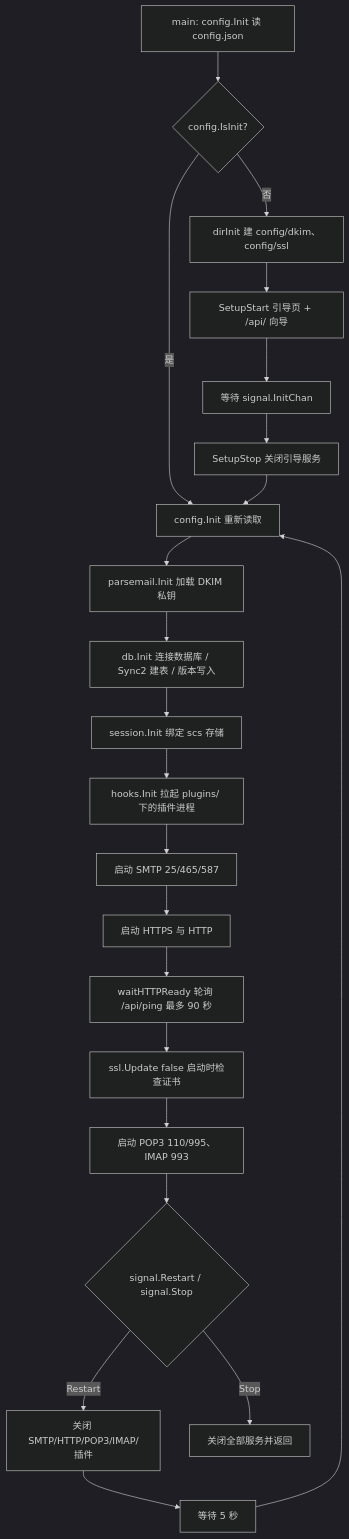
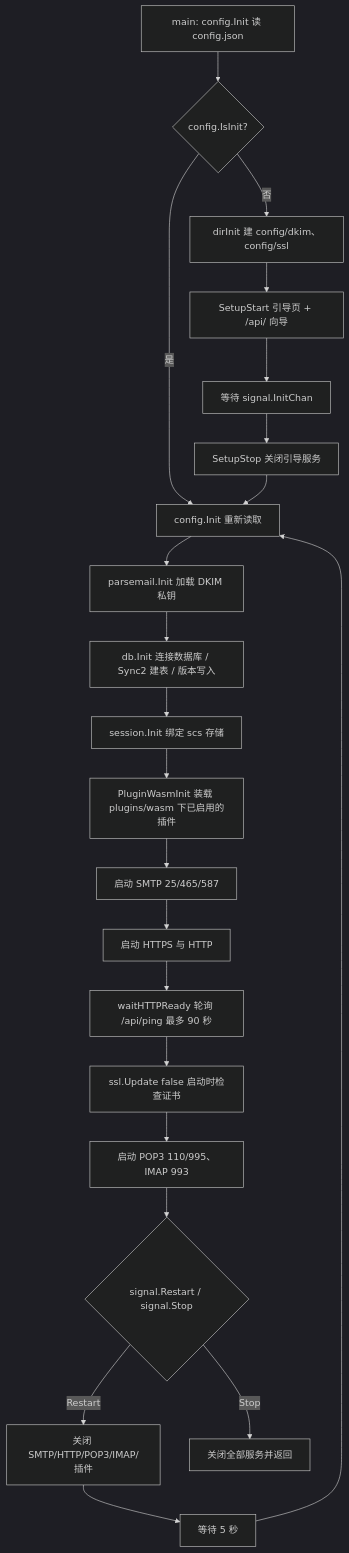
Before and after one commit to bambuo/PMail: the first of 2 diagrams in docs/功能/01-项目架构.md, drawn with Mermaid (dark theme). The commit also changed other lines of this file and 80 other files, not shown here.

First line of the commit message:
feat(plugin): 全部内置插件迁移到 WASM 并移除旧进程插件机制

````diff
--- a/docs/功能/01-项目架构.md
+++ b/docs/功能/01-项目架构.md
@@ -91,22 +91,22 @@
 ```mermaid
 flowchart TD
   A[main: config.Init 读 config.json] --> B{config.IsInit?}
   B -- 否 --> C[dirInit 建 config/dkim、config/ssl]
   C --> D[SetupStart 引导页 + /api/ 向导]
   D --> E[等待 signal.InitChan]
   E --> F[SetupStop 关闭引导服务]
   B -- 是 --> G[config.Init 重新读取]
   F --> G
   G --> H[parsemail.Init 加载 DKIM 私钥]
   H --> I[db.Init 连接数据库 / Sync2 建表 / 版本写入]
   I --> J[session.Init 绑定 scs 存储]
-  J --> K[hooks.Init 拉起 plugins/ 下的插件进程]
+  J --> K[PluginWasmInit 装载 plugins/wasm 下已启用的插件]
   K --> L[启动 SMTP 25/465/587]
   L --> M[启动 HTTPS 与 HTTP]
   M --> N[waitHTTPReady 轮询 /api/ping 最多 90 秒]
   N --> O[ssl.Update false 启动时检查证书]
   O --> P[启动 POP3 110/995、IMAP 993]
   P --> Q{signal.Restart / signal.Stop}
   Q -- Restart --> R[关闭 SMTP/HTTP/POP3/IMAP/插件] --> S[等待 5 秒] --> G
   Q -- Stop --> R2[关闭全部服务并返回]
 ```
````
